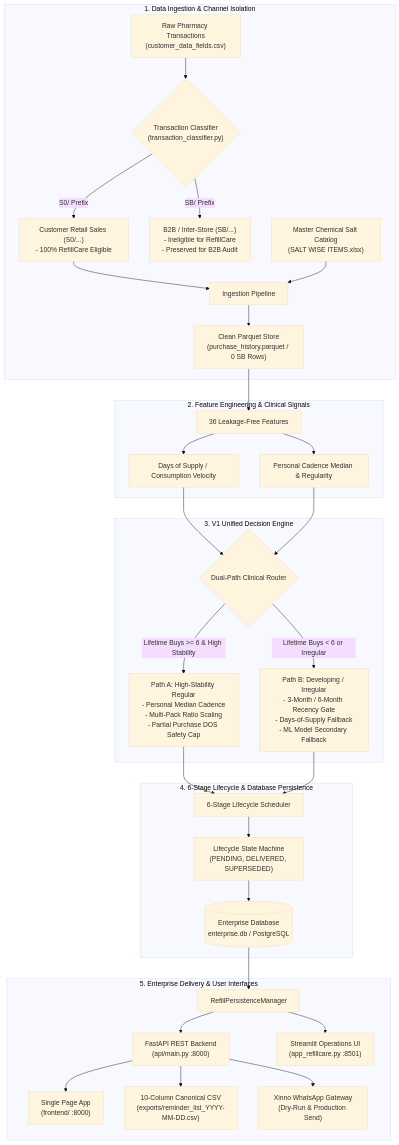
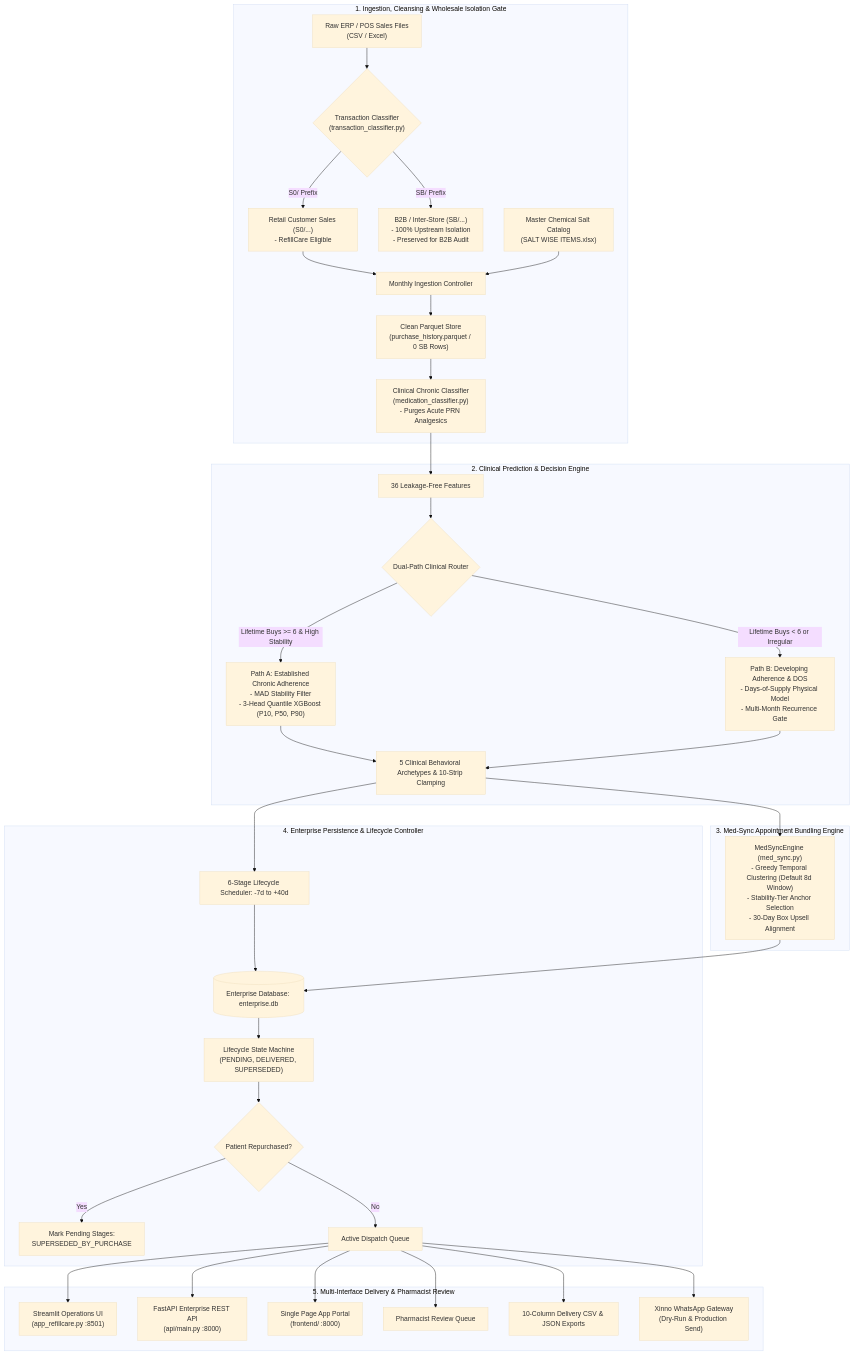
One commit to sunil872/ai-mediastra-whatsapp-reminder changed the diagram in REFILLCARE_SYSTEM_END_TO_END_IMPLEMENTATION.md. Above: the diagram before and after it, drawn with Mermaid (base theme). The commit also changed other lines of this file and 4 other files, not shown here.

Commit message:
feat: implement RefillCare enterprise backend API, frontend UI, and core prediction engine

````diff
--- a/REFILLCARE_SYSTEM_END_TO_END_IMPLEMENTATION.md
+++ b/REFILLCARE_SYSTEM_END_TO_END_IMPLEMENTATION.md
@@ -37,47 +40,52 @@
 ```mermaid
 flowchart TD
-    subgraph Data_Layer ["1. Data Ingestion & Channel Isolation"]
-        Raw["Raw Pharmacy Transactions<br/>(customer_data_fields.csv)"]
+    subgraph Data_Layer ["1. Ingestion, Cleansing & Wholesale Isolation Gate"]
+        Raw["Raw ERP / POS Sales Files<br/>(CSV / Excel)"]
         Salt["Master Chemical Salt Catalog<br/>(SALT WISE ITEMS.xlsx)"]
         Classifier{"Transaction Classifier<br/>(transaction_classifier.py)"}
-        B2B["B2B / Inter-Store (SB/...)<br/>- Ineligible for RefillCare<br/>- Preserved for B2B Audit"]
-        Clean["Customer Retail Sales (S0/...)<br/>- 100% RefillCare Eligible"]
+        B2B["B2B / Inter-Store (SB/...)<br/>- 100% Upstream Isolation<br/>- Preserved for B2B Audit"]
+        Clean["Retail Customer Sales (S0/...)<br/>- RefillCare Eligible"]
         Parquet["Clean Parquet Store<br/>(purchase_history.parquet / 0 SB Rows)"]
+        MedClass["Clinical Chronic Classifier<br/>(medication_classifier.py)<br/>- Purges Acute PRN Analgesics"]
         
         Raw --> Classifier
         Classifier -->|SB/ Prefix| B2B
         Classifier -->|S0/ Prefix| Clean
-        Clean --> Ingest[Ingestion Pipeline]
+        Clean --> Ingest[Monthly Ingestion Controller]
         Salt --> Ingest
         Ingest --> Parquet
+        Parquet --> MedClass
     end
 
-    subgraph Feature_Layer ["2. Feature Engineering & Clinical Signals"]
-        Parquet --> FeatEng[36 Leakage-Free Features]
-        FeatEng --> DOS[Days of Supply / Consumption Velocity]
-        FeatEng --> Cadence[Personal Cadence Median & Regularity]
+    subgraph Decision_Engine ["2. Clinical Prediction & Decision Engine"]
+        MedClass --> FeatEng[36 Leakage-Free Features]
+        FeatEng --> Router{Dual-Path Clinical Router}
+        Router -->|Lifetime Buys >= 6 & High Stability| PathA["Path A: Established Chronic Adherence<br/>- MAD Stability Filter<br/>- 3-Head Quantile XGBoost (P10, P50, P90)"]
+        Router -->|Lifetime Buys < 6 or Irregular| PathB["Path B: Developing Adherence & DOS<br/>- Days-of-Supply Physical Model<br/>- Multi-Month Recurrence Gate"]
+        PathA --> Archetypes[5 Clinical Behavioral Archetypes & 10-Strip Clamping]
+        PathB --> Archetypes
     end
 
-    subgraph Engine_Layer ["3. V1 Unified Decision Engine"]
-        DOS --> Router{Dual-Path Clinical Router}
-        Cadence --> Router
-        Router -->|Lifetime Buys >= 6 & High Stability| PathA["Path A: High-Stability Regular<br/>- Personal Median Cadence<br/>- Multi-Pack Ratio Scaling<br/>- Partial Purchase DOS Safety Cap"]
-        Router -->|Lifetime Buys < 6 or Irregular| PathB["Path B: Developing / Irregular<br/>- 3-Month / 6-Month Recency Gate<br/>- Days-of-Supply Fallback<br/>- ML Model Secondary Fallback"]
+    subgraph Sync_Engine ["3. Med-Sync Appointment Bundling Engine"]
+        Archetypes --> MedSync["MedSyncEngine (med_sync.py)<br/>- Greedy Temporal Clustering (Default 8d Window)<br/>- Stability-Tier Anchor Selection<br/>- 30-Day Box Upsell Alignment"]
     end
 
-    subgraph Lifecycle_Layer ["4. 6-Stage Lifecycle & Database Persistence"]
-        PathA --> Sched[6-Stage Lifecycle Scheduler]
-        PathB --> Sched
-        Sched --> Lifecycle["Lifecycle State Machine<br/>(PENDING, DELIVERED, SUPERSEDED)"]
-        Lifecycle --> DB[(Enterprise Database<br/>enterprise.db / PostgreSQL)]
+    subgraph Lifecycle_Layer ["4. Enterprise Persistence & Lifecycle Controller"]
+        Archetypes --> Sched[6-Stage Lifecycle Scheduler: -7d to +40d]
+        Sched --> DB[(Enterprise Database: enterprise.db)]
+        MedSync --> DB
+        DB --> Lifecycle["Lifecycle State Machine<br/>(PENDING, DELIVERED, SUPERSEDED)"]
+        Lifecycle --> RepurchaseCheck{Patient Repurchased?}
+        RepurchaseCheck -- Yes --> Supersede["Mark Pending Stages:<br/>SUPERSEDED_BY_PURCHASE"]
+        RepurchaseCheck -- No --> DueQueue["Active Dispatch Queue"]
     end
 
-    subgraph API_and_UI_Layer ["5. Enterprise Delivery & User Interfaces"]
-        DB --> PM[RefillPersistenceManager]
-        PM --> API["FastAPI REST Backend<br/>(api/main.py :8000)"]
-        PM --> Streamlit["Streamlit Operations UI<br/>(app_refillcare.py :8501)"]
-        API --> SPA["Single Page App<br/>(frontend/ :8000)"]
-        API --> ExportCSV["10-Column Canonical CSV<br/>(exports/reminder_list_YYYY-MM-DD.csv)"]
-        API --> Dispatch["Xinno WhatsApp Gateway<br/>(Dry-Run & Production Send)"]
+    subgraph Interface_Delivery ["5. Multi-Interface Delivery & Pharmacist Review"]
+        DueQueue --> Streamlit["Streamlit Operations UI<br/>(app_refillcare.py :8501)"]
+        DueQueue --> FastAPI["FastAPI Enterprise REST API<br/>(api/main.py :8000)"]
+        DueQueue --> SPA["Single Page App Portal<br/>(frontend/ :8000)"]
+        DueQueue --> PharmacistReview["Pharmacist Review Queue"]
+        DueQueue --> ExportCSV["10-Column Delivery CSV & JSON Exports"]
+        DueQueue --> WhatsAppGateway["Xinno WhatsApp Gateway<br/>(Dry-Run & Production Send)"]
     end
 ```
````
